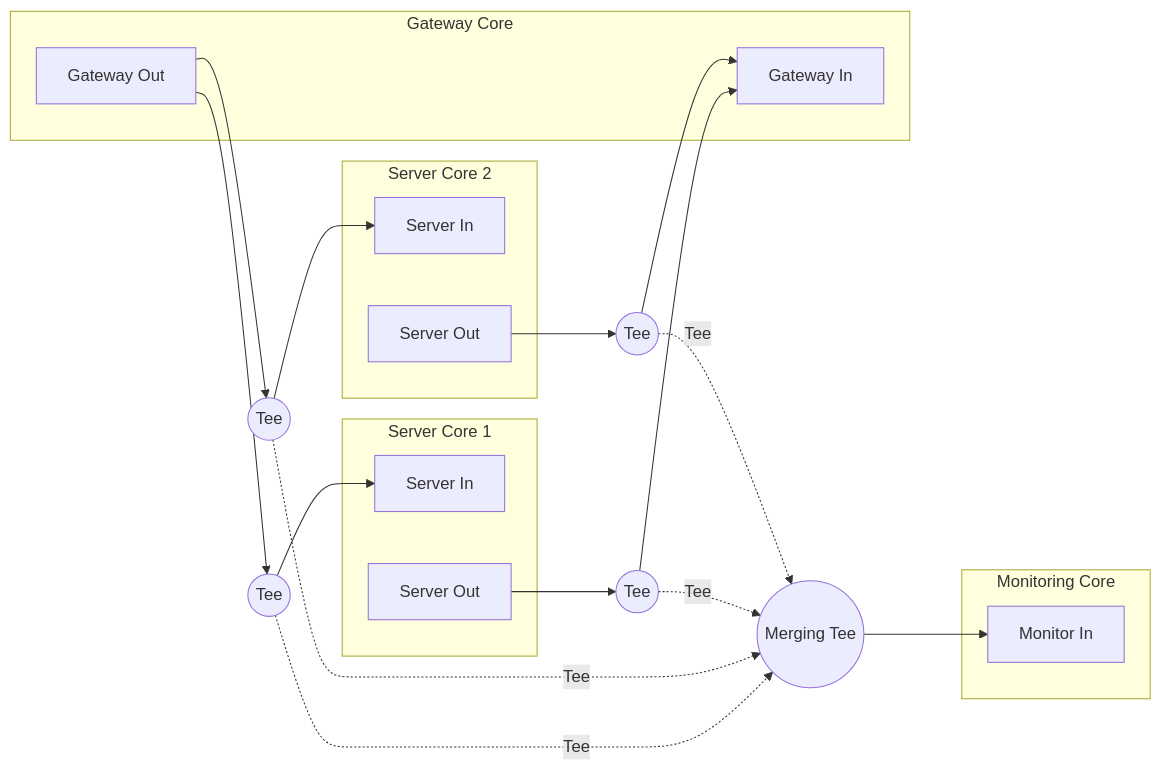
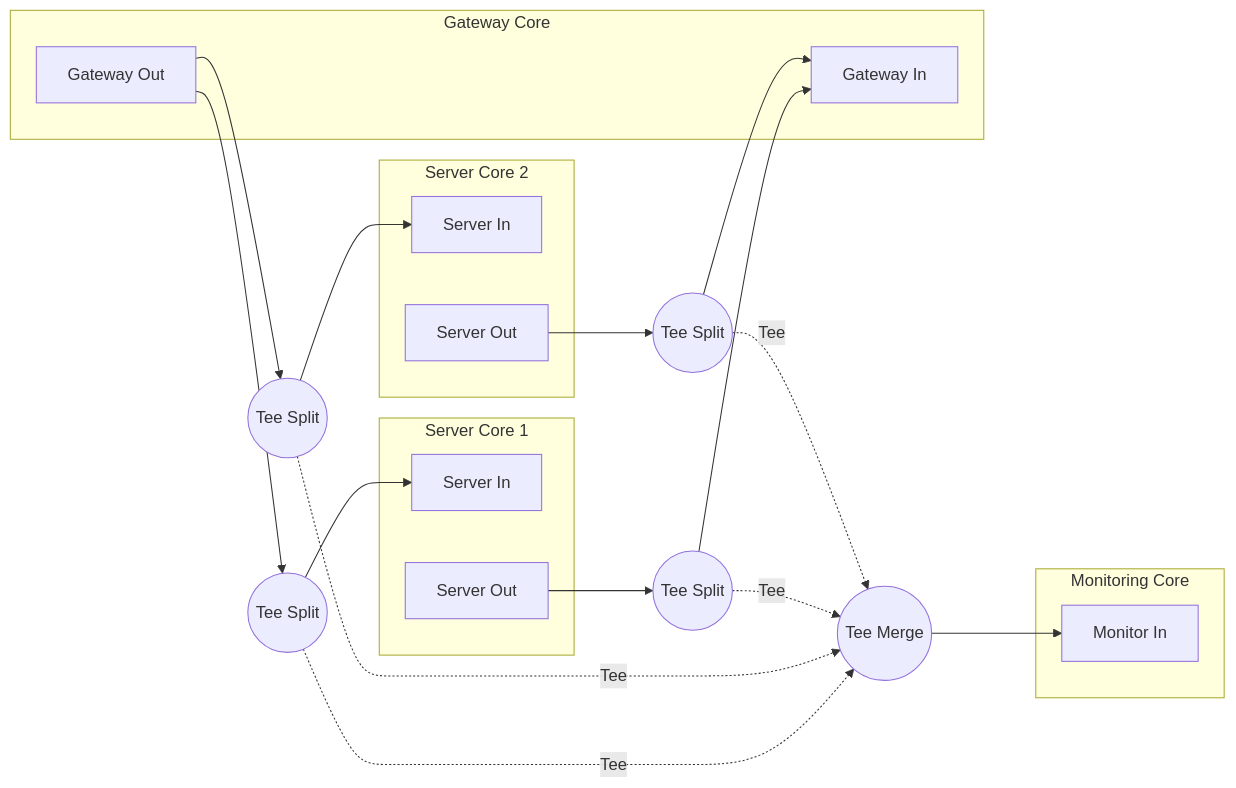
The second of 19 diagrams in docs/spec.md (cliffhall/mcp-multicore), drawn with Mermaid before and after one commit. The commit also changed other lines of this file, not shown here.

Commit message:
Update mermaid diagrams to try and get the plumbing properly rendered

````diff
--- a/docs/spec.md
+++ b/docs/spec.md
@@ -103,50 +103,50 @@
 ```mermaid
 graph LR
     subgraph "Gateway Core"
         GW_OUT[Gateway Out]
         GW_IN[Gateway In]
     end
     
     subgraph "Server Core 1"
         SC1_IN[Server In]
         SC1_OUT[Server Out]
     end
     
     subgraph "Server Core 2"
         SC2_IN[Server In]
         SC2_OUT[Server Out]
     end
     
     subgraph "Monitoring Core"
         MON_IN[Monitor In]
     end
     
     %% Branching tees on the outbound and inbound paths
     %% One tee per link to avoid implying broadcast
-    TEE_GW_SC1((Tee))
-    TEE_GW_SC2((Tee))
-    TEE_SC1_OUT((Tee))
-    TEE_SC2_OUT((Tee))
+    TEE_GW_SC1((Tee Split))
+    TEE_GW_SC2((Tee Split))
+    TEE_SC1_OUT((Tee Split))
+    TEE_SC2_OUT((Tee Split))
     
-    %% Merging tee feeding the monitoring core
-    TEE_MON((Merging Tee))
+    %% Tee Merge feeding the monitoring core
+    TEE_MON((Tee Merge))
     
     %% Connect gateway outbound through branching tee to servers and monitor
     GW_OUT --> TEE_GW_SC1
     GW_OUT --> TEE_GW_SC2
     TEE_GW_SC1 --> SC1_IN
     TEE_GW_SC2 --> SC2_IN
     TEE_GW_SC1 -.->|Tee| TEE_MON
     TEE_GW_SC2 -.->|Tee| TEE_MON
     
     %% Connect server outs through branching tees to gateway in and monitor
     SC1_OUT --> TEE_SC1_OUT
     SC2_OUT --> TEE_SC2_OUT
     TEE_SC1_OUT --> GW_IN
     TEE_SC2_OUT --> GW_IN
     TEE_SC1_OUT -.->|Tee| TEE_MON
     TEE_SC2_OUT -.->|Tee| TEE_MON
     
-    %% Merging tee to monitoring core input
+    %% Tee Merge to monitoring core input
     TEE_MON --> MON_IN
 ```
````
